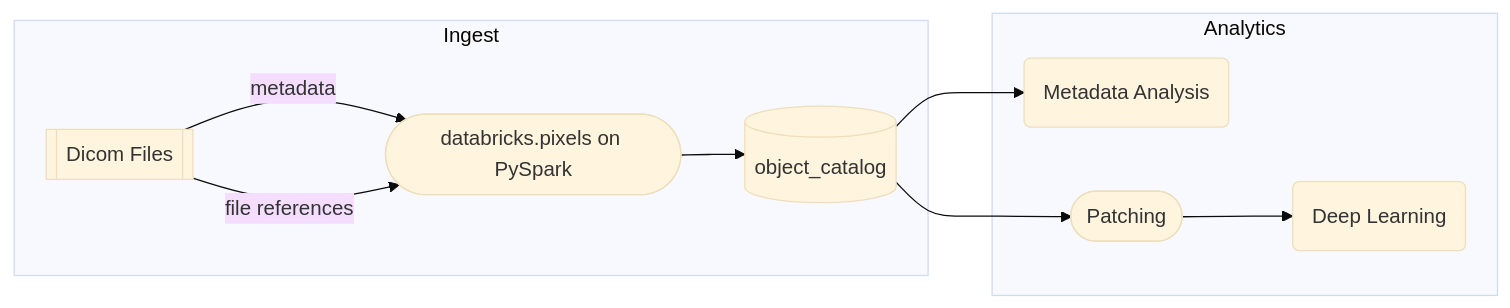
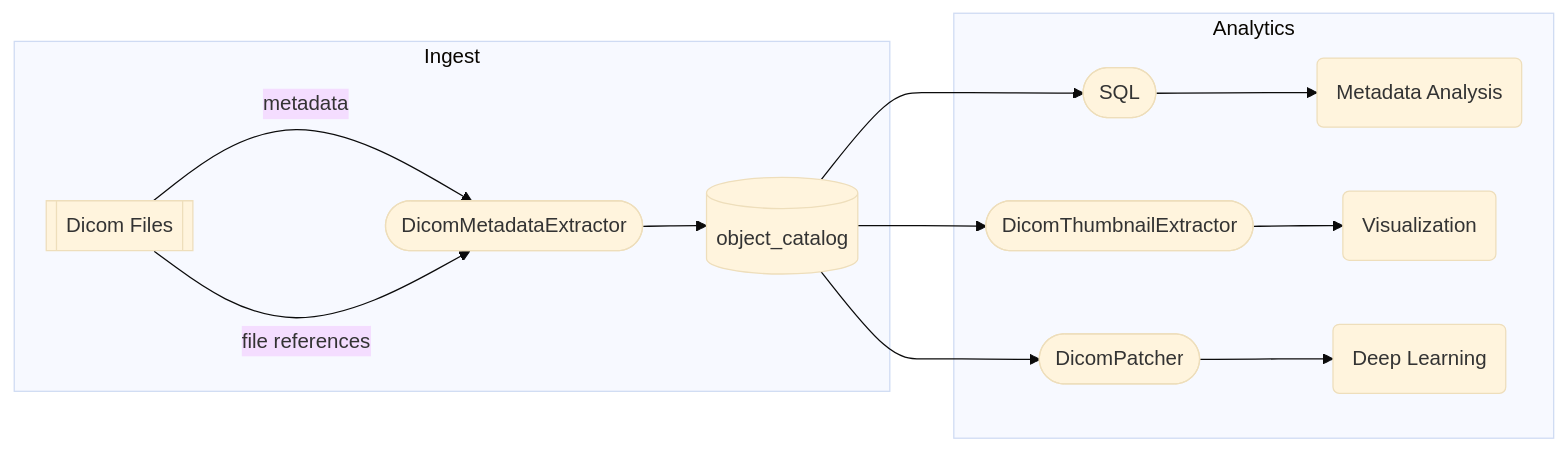
One commit to databricks-industry-solutions/pixels changed the first of 2 diagrams in README.md. Above: the diagram before and after it, drawn with Mermaid (base theme).

Commit message:
Update README.md
Update DAG, add Class names

````diff
--- a/README.md
+++ b/README.md
@@ -43,14 +43,15 @@
 ```mermaid
 flowchart LR
 
 subgraph Ingest
-  A[[Dicom Files]] -->|metadata| B([databricks.pixels on PySpark])
+  A[[Dicom Files]] -->|metadata| B([DicomMetadataExtractor])
   B --> C[(object_catalog)]
   A -->|file references|B
 end
 subgraph Analytics
-  C --> D(Metadata Analysis)
-  C --> E([Patching])
+  C --> D1([SQL]) --> D(Metadata Analysis)
+  C --> E([DicomPatcher])
+  C --> G1([DicomThumbnailExtractor]) --> G(Visualization)
   E --> F(Deep Learning)
 end
 ```
````
